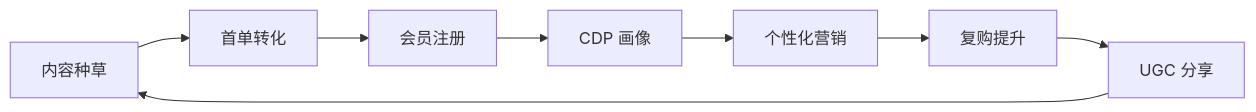
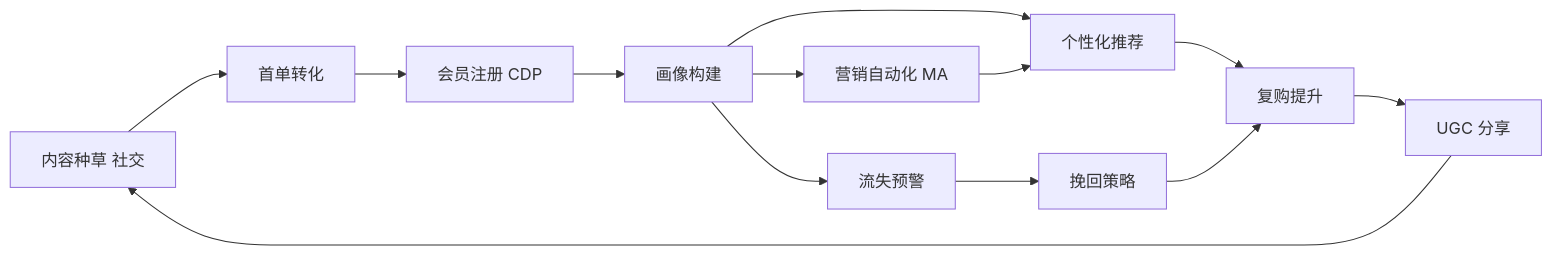
Before and after one commit to kudig-io/kudig-database: the second of 2 diagrams in topic-application-architecture/53-new-retail-dtc.md, drawn with Mermaid. The commit also changed other lines of this file and 8633 other files, not shown here.

````diff
--- a/topic-application-architecture/53-new-retail-dtc.md
+++ b/topic-application-architecture/53-new-retail-dtc.md
@@ -152,10 +379,15 @@
 ```mermaid
 flowchart LR
-    A[内容种草] --> B[首单转化]
-    B --> C[会员注册]
-    C --> D[CDP 画像]
-    D --> E[个性化营销]
+    A[内容种草 社交] --> B[首单转化]
+    B --> C[会员注册 CDP]
+    C --> D[画像构建]
+    D --> E[个性化推荐]
     E --> F[复购提升]
     F --> G[UGC 分享]
     G --> A
+    D --> H[营销自动化 MA]
+    H --> E
+    D --> I[流失预警]
+    I --> J[挽回策略]
+    J --> F
 ```
````
